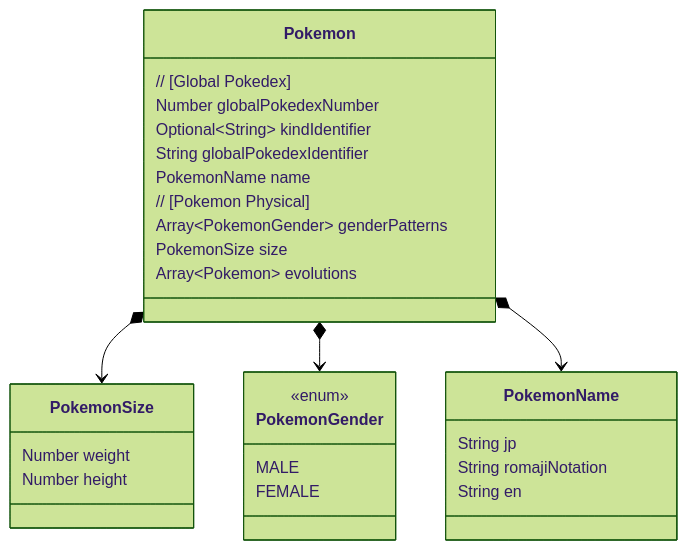
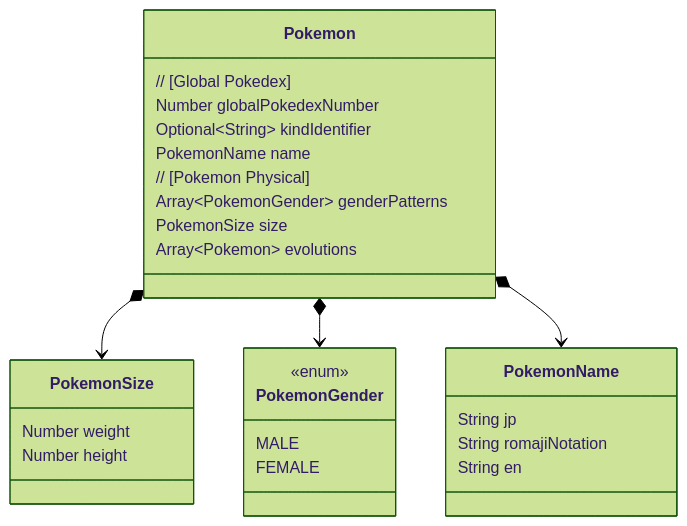
One commit to O6lvl4/pokemon-doc changed the diagram in pokemon-class.md. Above: the diagram before and after it, drawn with Mermaid (forest theme). The commit also changed 1 other file, not shown here.

Commit message:
Add eevee example json data

````diff
--- a/pokemon-class.md
+++ b/pokemon-class.md
@@ -1,36 +1,35 @@
 ```mermaid
 classDiagram
 
     class Pokemon {
         // [Global Pokedex]
         Number globalPokedexNumber
         Optional~String~ kindIdentifier
-        String globalPokedexIdentifier
         PokemonName name
 
         // [Pokemon Physical]
         Array~PokemonGender~ genderPatterns
         PokemonSize size
         Array~Pokemon~ evolutions
     }
     Pokemon *--> PokemonSize
     Pokemon *--> PokemonGender
     Pokemon *--> PokemonName
 
     class PokemonSize {
         Number weight
         Number height
     }
 
     class PokemonGender {
         <<enum>>
         MALE
         FEMALE
     }
 
     class PokemonName {
         String jp
         String romajiNotation
         String en
     }
 ```
````
